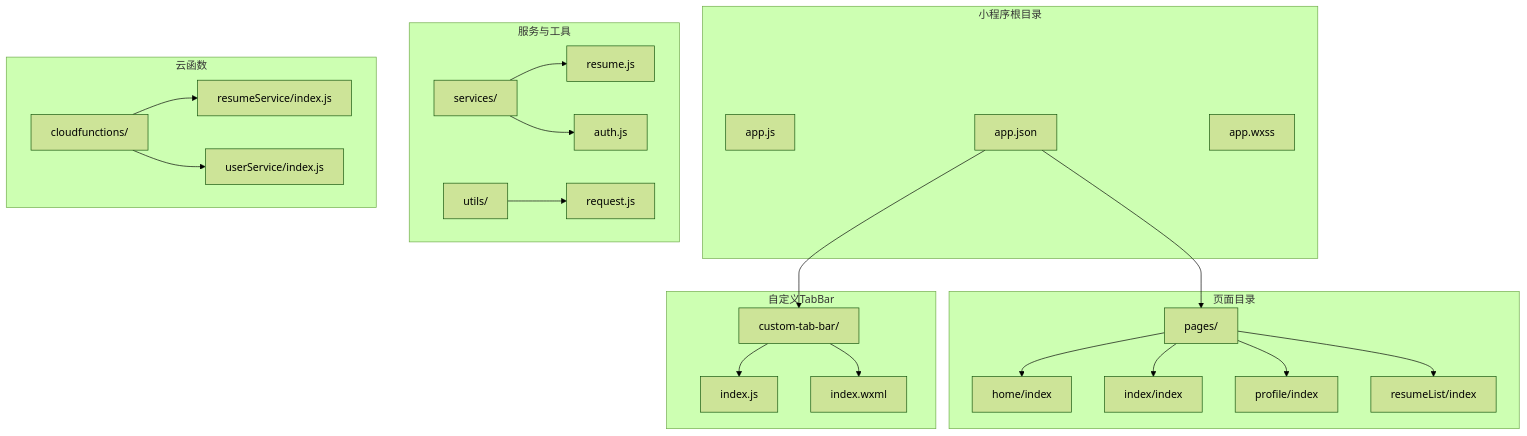
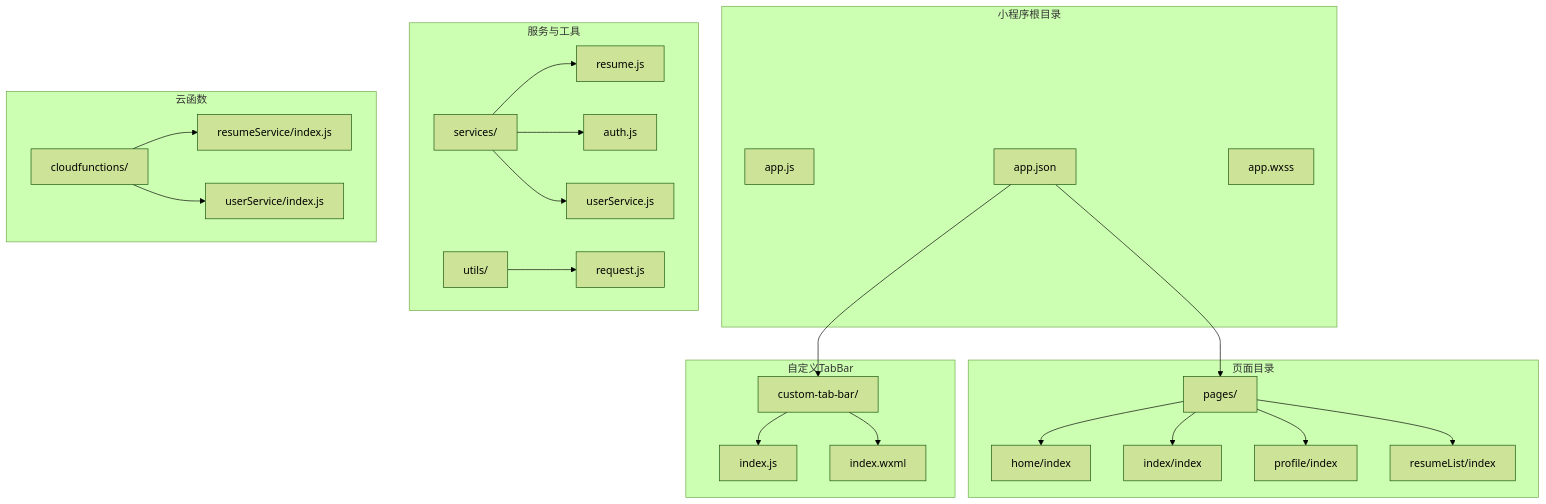
Before and after one commit to sunxuebo91/-: the first of 9 diagrams in .qoder/repowiki/zh/content/前端页面/主Tab页面.md, drawn with Mermaid (forest theme). The commit also changed other lines of this file and 30 other files, not shown here.

````diff
--- a/.qoder/repowiki/zh/content/前端页面/主Tab页面.md
+++ b/.qoder/repowiki/zh/content/前端页面/主Tab页面.md
@@ -38,45 +47,47 @@
 ```mermaid
 graph TD
 subgraph "小程序根目录"
 app_js[app.js]
 app_json[app.json]
 app_wxss[app.wxss]
 end
 subgraph "页面目录"
 pages[pages/]
 home[home/index]
 index[index/index]
 profile[profile/index]
 resumeList[resumeList/index]
 end
 subgraph "自定义TabBar"
 custom_tab_bar[custom-tab-bar/]
 tab_js[index.js]
 tab_wxml[index.wxml]
 end
 subgraph "服务与工具"
 services[services/]
 resume_service[resume.js]
 auth_service[auth.js]
+user_service[userService.js]
 utils[utils/]
 request[request.js]
 end
 subgraph "云函数"
 cloudfunctions[cloudfunctions/]
 resumeService[resumeService/index.js]
 userService[userService/index.js]
 end
 app_json --> pages
 app_json --> custom_tab_bar
 pages --> home
 pages --> index
 pages --> profile
 pages --> resumeList
 custom_tab_bar --> tab_js
 custom_tab_bar --> tab_wxml
 services --> resume_service
 services --> auth_service
+services --> user_service
 utils --> request
 cloudfunctions --> resumeService
 cloudfunctions --> userService
 ```
````
